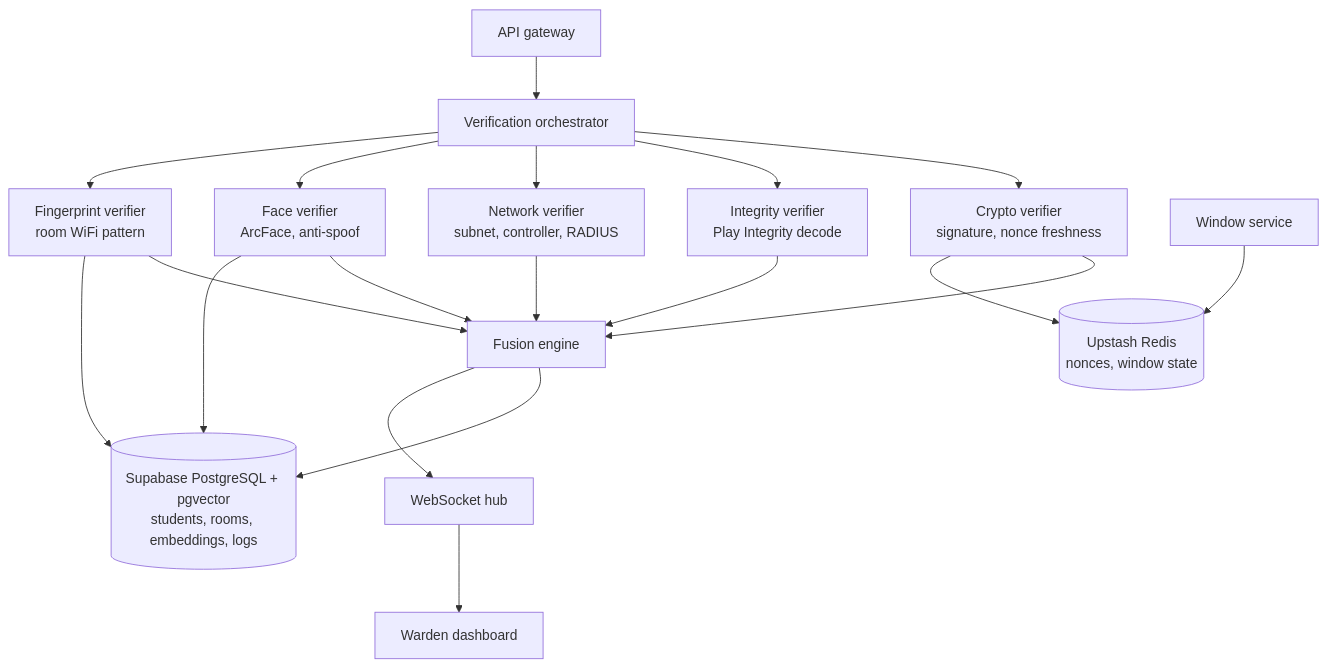
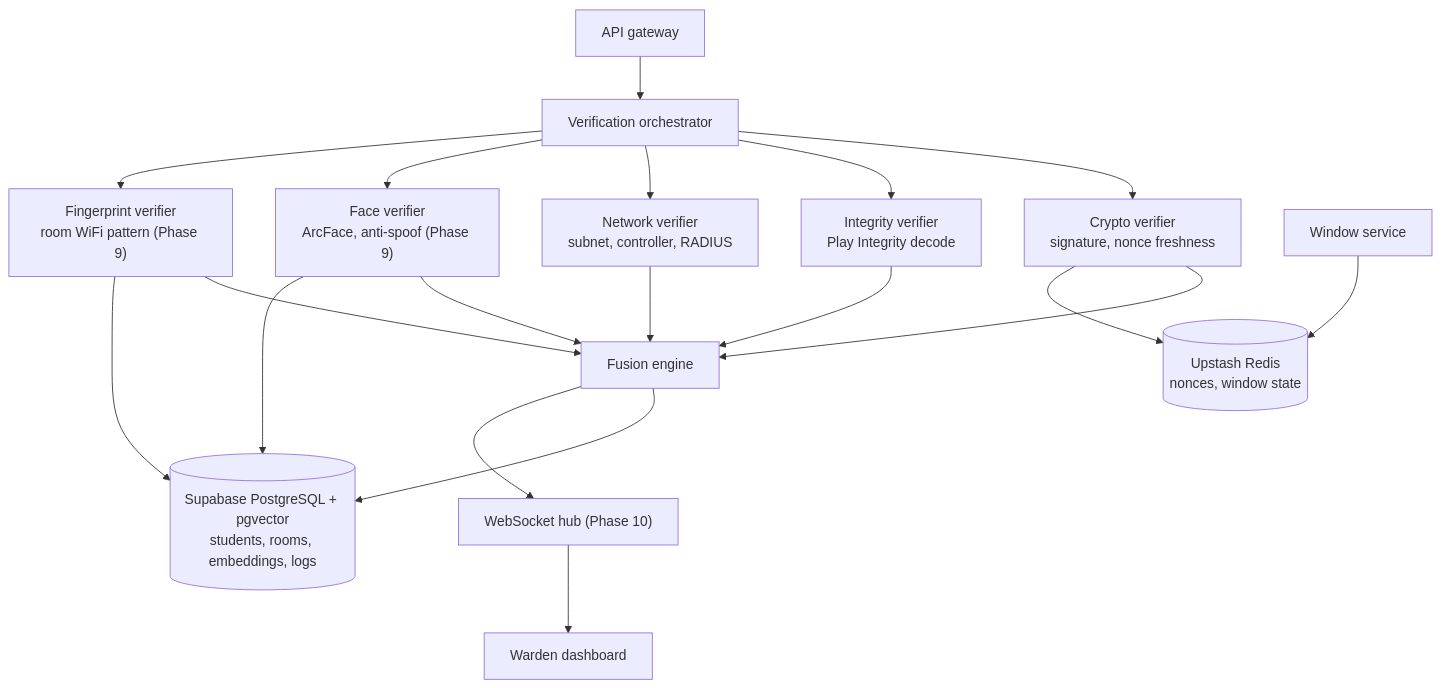
The third of 14 diagrams in README.md (Rahul-8283/NightRoll), drawn with Mermaid before and after one commit. The commit also changed other lines of this file, not shown here.

````diff
--- a/README.md
+++ b/README.md
@@ -196,23 +237,23 @@
 ```mermaid
 flowchart TB
     GW["API gateway"] --> ORC["Verification orchestrator"]
 
     ORC --> CV["Crypto verifier<br/>signature, nonce freshness"]
     ORC --> IV["Integrity verifier<br/>Play Integrity decode"]
     ORC --> NV["Network verifier<br/>subnet, controller, RADIUS"]
-    ORC --> FV["Face verifier<br/>ArcFace, anti-spoof"]
-    ORC --> WV["Fingerprint verifier<br/>room WiFi pattern"]
+    ORC --> FV["Face verifier<br/>ArcFace, anti-spoof (Phase 9)"]
+    ORC --> WV["Fingerprint verifier<br/>room WiFi pattern (Phase 9)"]
 
     CV --> FE["Fusion engine"]
     IV --> FE
     NV --> FE
     FV --> FE
     WV --> FE
 
     WS["Window service"] --> RD[("Upstash Redis<br/>nonces, window state")]
     CV --> RD
     FV --> PG[("Supabase PostgreSQL + pgvector<br/>students, rooms, embeddings, logs")]
     WV --> PG
     FE --> PG
-    FE --> RT["WebSocket hub"] --> DB["Warden dashboard"]
+    FE --> RT["WebSocket hub (Phase 10)"] --> DB["Warden dashboard"]
 ```
````
